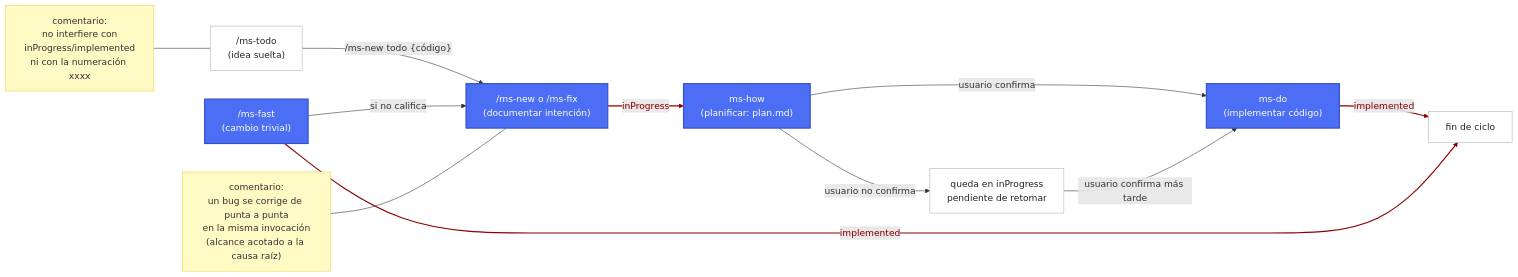
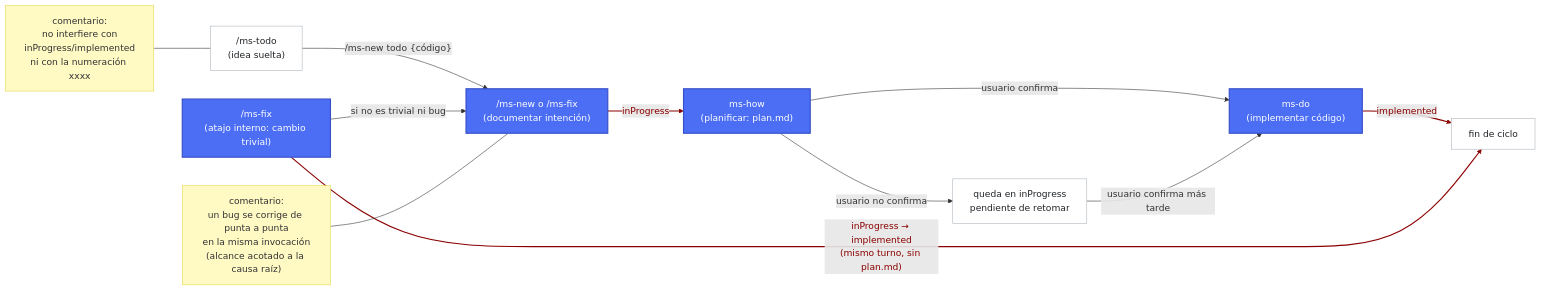
The diagram in .claude/ms-guide.md (yeyopepe/bgfactory), drawn with Mermaid before and after one commit. The commit also changed other lines of this file and 29 other files, not shown here.

````diff
--- a/.claude/ms-guide.md
+++ b/.claude/ms-guide.md
@@ -92,34 +109,34 @@
 ```mermaid
 flowchart LR
     T["/ms-todo\n(idea suelta)"]
     A["/ms-new o /ms-fix\n(documentar intención)"]
     B["ms-how\n(planificar: plan.md)"]
     C["ms-do\n(implementar código)"]
     F["queda en inProgress\npendiente de retomar"]
-    G["/ms-fast\n(cambio trivial)"]
+    G["/ms-fix\n(atajo interno: cambio trivial)"]
     H["fin de ciclo"]
 
     T -->|"/ms-new todo {código}"| A
     A -->|"inProgress"| B
     B -->|usuario confirma| C
     C -->|"implemented"| H
     B -->|usuario no confirma| F
     F -->|usuario confirma más tarde| C
-    G -->|"implemented"| H
-    G -->|si no califica| A
+    G -->|"inProgress → implemented\n(mismo turno, sin plan.md)"| H
+    G -->|si no es trivial ni bug| A
 
     N1["comentario:\nno interfiere con\ninProgress/implemented\nni con la numeración xxxx"]
     N1 --- T
     N4["comentario:\nun bug se corrige de punta a punta\nen la misma invocación\n(alcance acotado a la causa raíz)"]
     N4 --- A
 
     class T,F,H opcional
     class A,B,C,G obligatorio
     class N1,N4 comentario
     classDef obligatorio fill:#4c6ef5,stroke:#364fc7,stroke-width:2px,color:#fff
     classDef opcional fill:#fff,stroke:#adb5bd,stroke-width:1px,color:#212529
     classDef comentario fill:#fff9c4,stroke:#e6d84a,stroke-width:1px,color:#333
     linkStyle 1 color:#8b0000,stroke:#8b0000,stroke-width:2px
     linkStyle 3 color:#8b0000,stroke:#8b0000,stroke-width:2px
     linkStyle 6 color:#8b0000,stroke:#8b0000,stroke-width:2px
 ```
````
